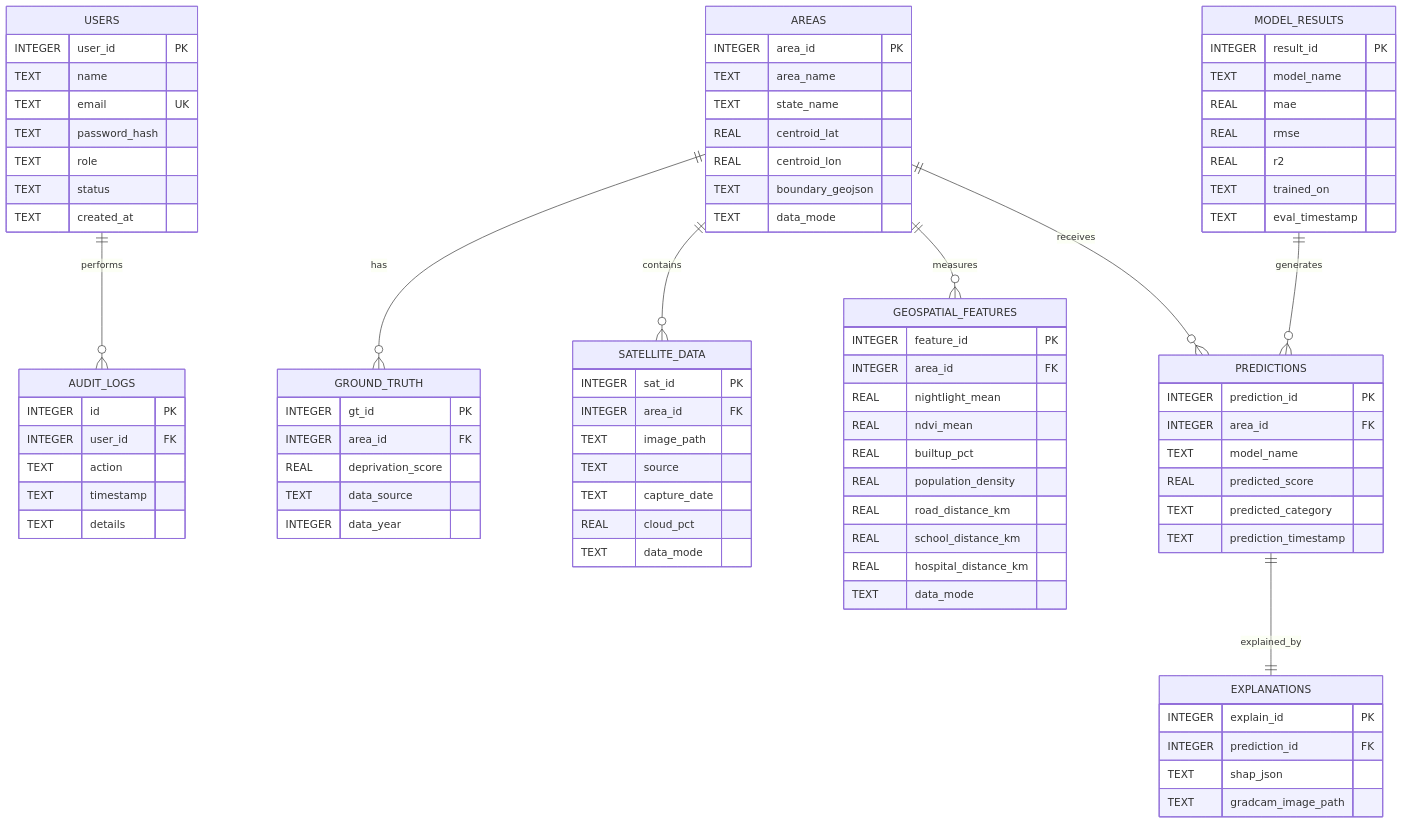
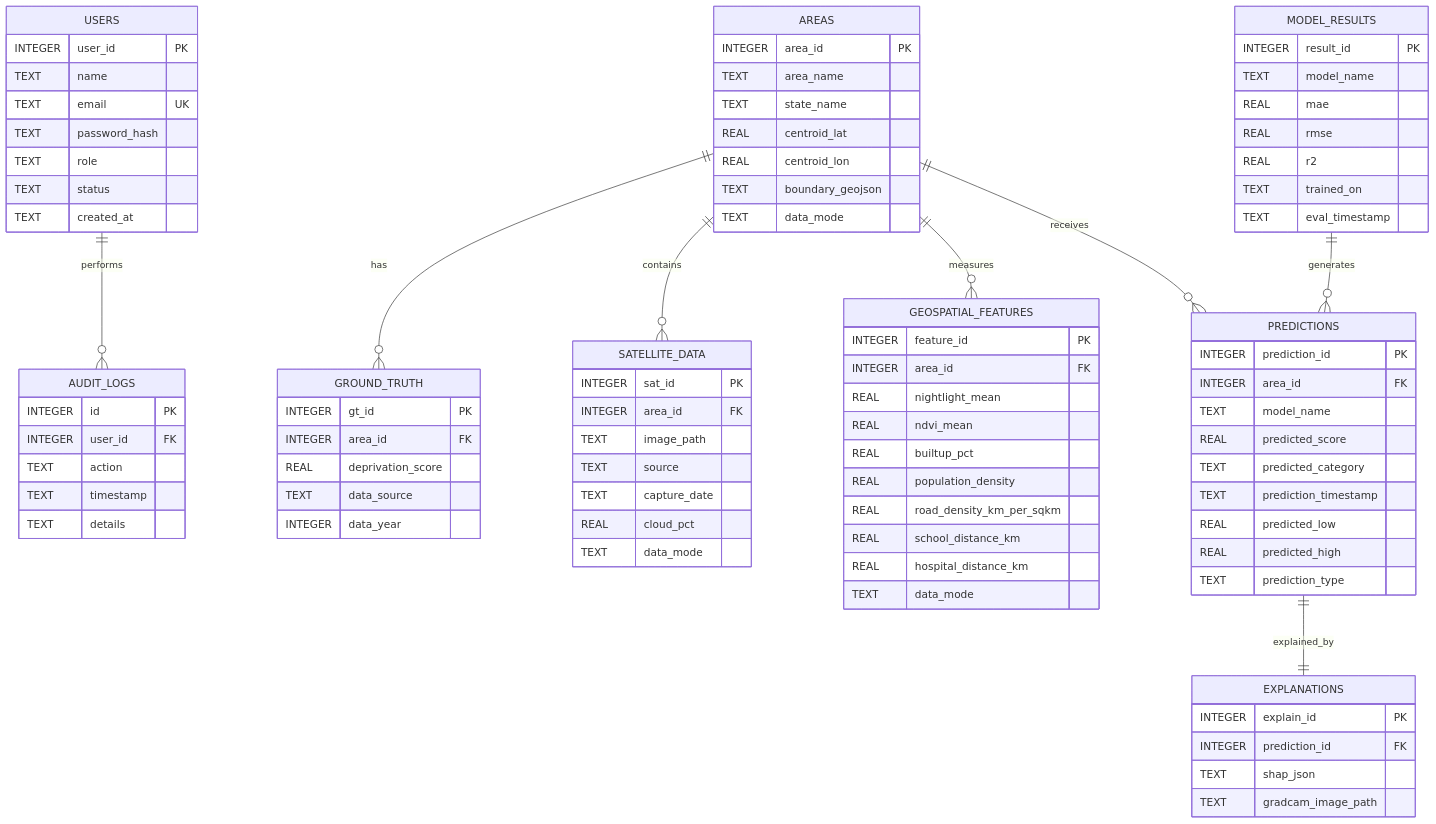
One commit to ditheshshettigar00-jpg/GeoPovertyAI changed the third of 7 diagrams in documentation/SOFTWARE_DESIGN_SPECIFICATION.md. Above: the diagram before and after it, drawn with Mermaid. The commit also changed other lines of this file and 133 other files, not shown here.

```diff
--- a/documentation/SOFTWARE_DESIGN_SPECIFICATION.md
+++ b/documentation/SOFTWARE_DESIGN_SPECIFICATION.md
@@ -285,7 +289,7 @@
         REAL ndvi_mean
         REAL builtup_pct
         REAL population_density
-        REAL road_distance_km
+        REAL road_density_km_per_sqkm
         REAL school_distance_km
         REAL hospital_distance_km
         TEXT data_mode
@@ -298,6 +302,9 @@
         REAL predicted_score
         TEXT predicted_category
         TEXT prediction_timestamp
+        REAL predicted_low
+        REAL predicted_high
+        TEXT prediction_type
     }
 
     EXPLANATIONS {
```
